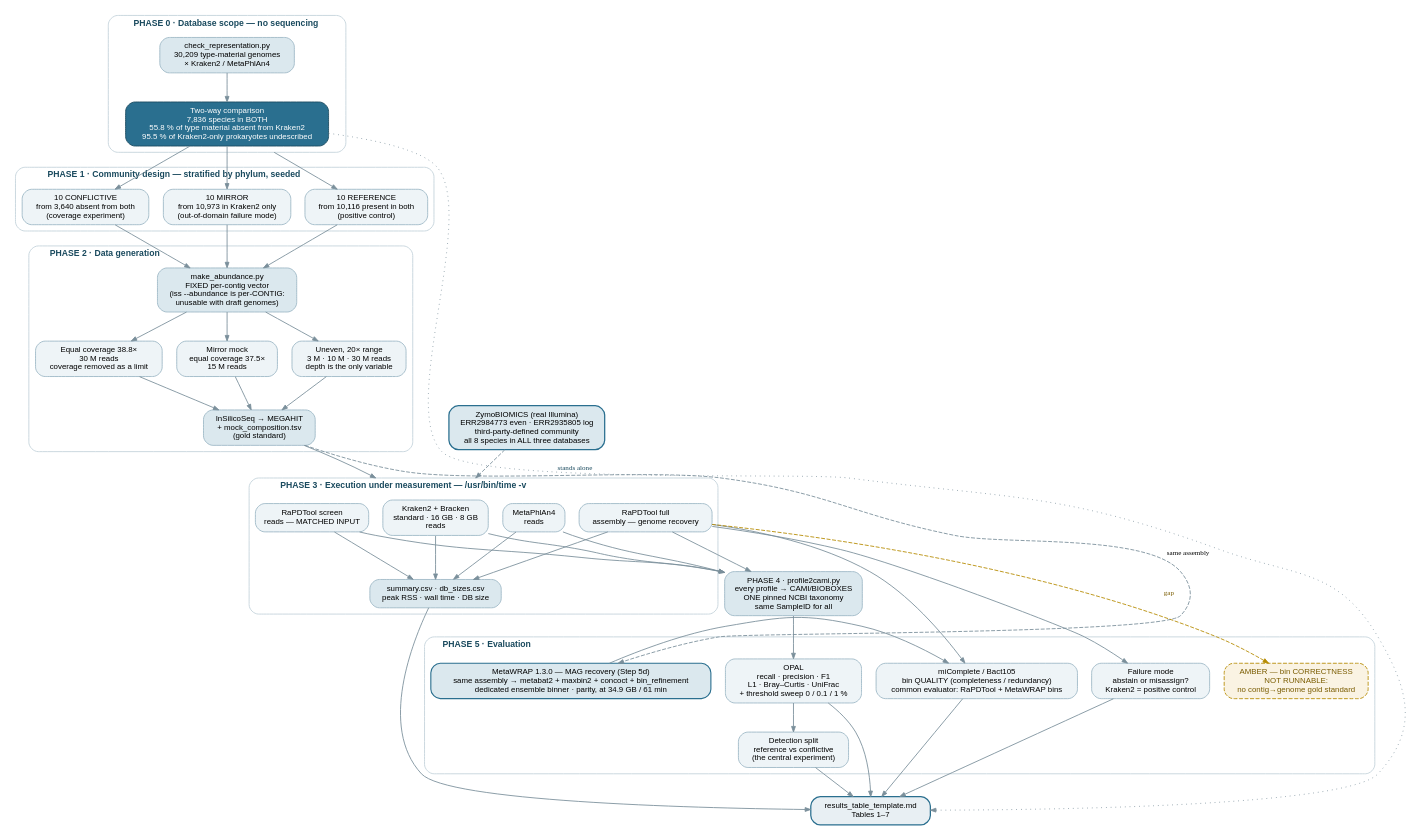
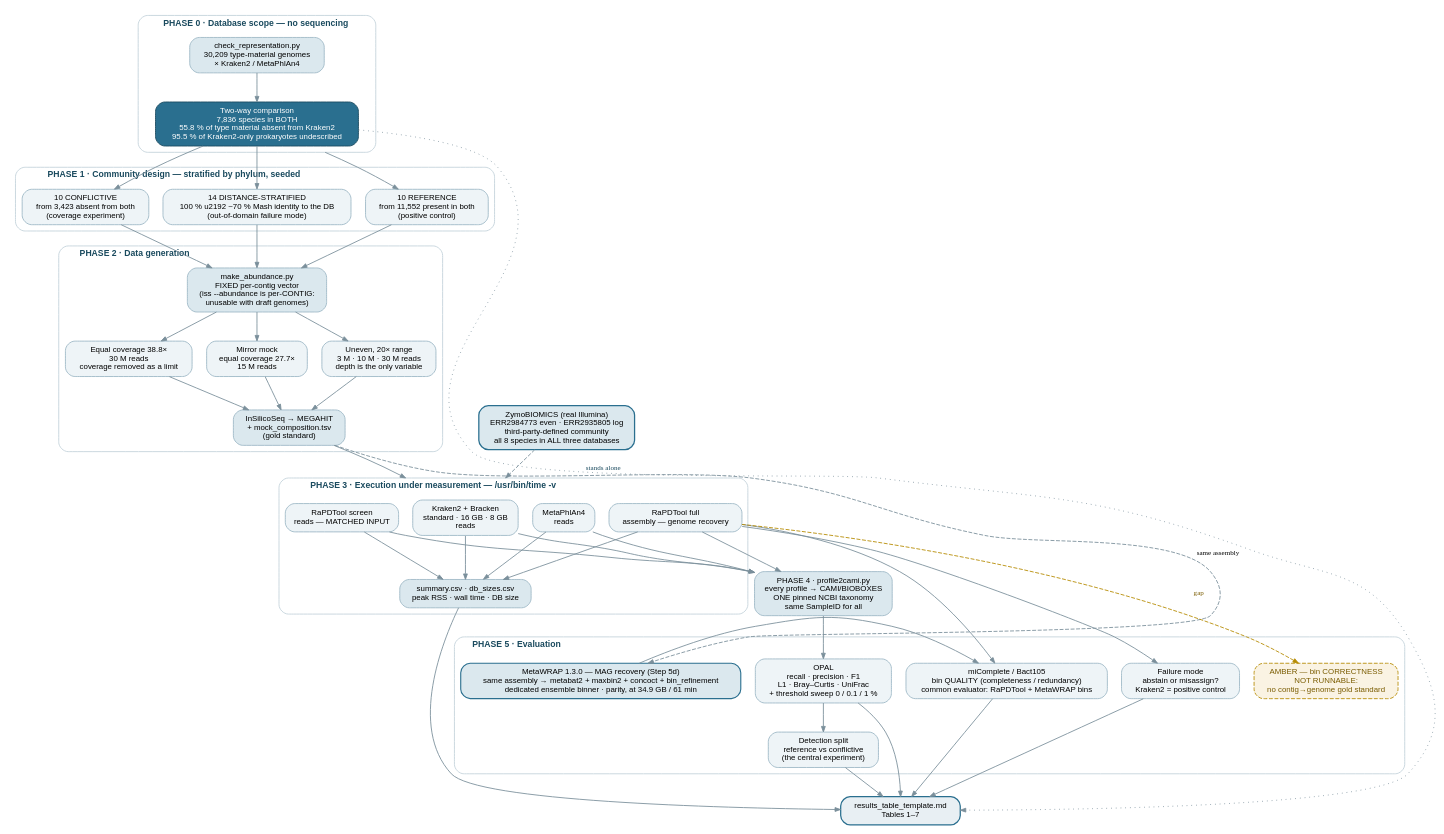
Before and after one commit to BioTools-Dev/rapdtool-benchmark: the diagram in data/benchmark_flow.dot, drawn with Graphviz. The commit also changed 3 other files, not shown here.

First line of the commit message:
fix: sync flow diagram community-design nodes with the final benchmark

```diff
--- a/data/benchmark_flow.dot
+++ b/data/benchmark_flow.dot
@@ -1,110 +1,110 @@
 // benchmark_flow.dot — RaPDTool benchmark design.
 // Render:  dot -Tsvg benchmark_flow.dot -o figures/benchmark_flow.svg
 //          dot -Tpng -Gdpi=300 benchmark_flow.dot -o figures/benchmark_flow.png
 // Embedded as figures/benchmark_flow.svg in benchmark_rationale.md §1 (no mermaid copy).
 
 digraph benchmark {
   rankdir=TB;
   bgcolor="white";
   compound=true;
   node [shape=box, style="rounded,filled", fontname="Helvetica", fontsize=10,
         fillcolor="#eef4f7", color="#9db8c6", penwidth=1.1, margin="0.14,0.09"];
   edge [color="#7a8f9b", penwidth=1.1, arrowsize=0.7];
   graph [fontname="Helvetica-Bold", fontsize=11, labeljust="l",
          style="rounded", color="#c8d6de", penwidth=1.2];
 
   // ---------------------------------------------------------------- PHASE 0
   subgraph cluster_p0 {
     label="  PHASE 0 · Database scope — no sequencing  ";
     fontcolor="#1a4a5e";
     census [label="check_representation.py\n30,209 type-material genomes\n× Kraken2 / MetaPhlAn4",
             fillcolor="#dbe8ee"];
     twoway [label="Two-way comparison\n7,836 species in BOTH\n55.8 % of type material absent from Kraken2\n95.5 % of Kraken2-only prokaryotes undescribed",
             fillcolor="#2a6f8f", fontcolor="white", color="#1a4a5e"];
     census -> twoway;
   }
 
   // ---------------------------------------------------------------- PHASE 1
   subgraph cluster_p1 {
     label="  PHASE 1 · Community design — stratified by phylum, seeded  ";
     fontcolor="#1a4a5e";
-    ref   [label="10 REFERENCE\nfrom 10,116 present in both\n(positive control)"];
-    conf  [label="10 CONFLICTIVE\nfrom 3,640 absent from both\n(coverage experiment)"];
-    mirr  [label="10 MIRROR\nfrom 10,973 in Kraken2 only\n(out-of-domain failure mode)"];
+    ref   [label="10 REFERENCE\nfrom 11,552 present in both\n(positive control)"];
+    conf  [label="10 CONFLICTIVE\nfrom 3,423 absent from both\n(coverage experiment)"];
+    mirr  [label="14 DISTANCE-STRATIFIED\n100 % \u2192 ~70 % Mash identity to the DB\n(out-of-domain failure mode)"];
   }
 
   // ---------------------------------------------------------------- PHASE 2
   subgraph cluster_p2 {
     label="  PHASE 2 · Data generation  ";
     fontcolor="#1a4a5e";
     vec   [label="make_abundance.py\nFIXED per-contig vector\n(iss --abundance is per-CONTIG:\nunusable with draft genomes)",
            fillcolor="#dbe8ee"];
     unev  [label="Uneven, 20× range\n3 M · 10 M · 30 M reads\ndepth is the only variable"];
     eqcov [label="Equal coverage 38.8×\n30 M reads\ncoverage removed as a limit"];
-    mmock [label="Mirror mock\nequal coverage 37.5×\n15 M reads"];
+    mmock [label="Mirror mock\nequal coverage 27.7×\n15 M reads"];
     asm   [label="InSilicoSeq → MEGAHIT\n+ mock_composition.tsv\n(gold standard)", fillcolor="#dbe8ee"];
     vec -> unev; vec -> eqcov; vec -> mmock;
     unev -> asm; eqcov -> asm; mmock -> asm;
   }
 
   // ------------------------------------------------------------ REAL DATA
   zymo [label="ZymoBIOMICS (real Illumina)\nERR2984773 even · ERR2935805 log\nthird-party-defined community\nall 8 species in ALL three databases",
         fillcolor="#dbe8ee", color="#2a6f8f", penwidth=1.6];
 
   // ---------------------------------------------------------------- PHASE 3
   subgraph cluster_p3 {
     label="  PHASE 3 · Execution under measurement — /usr/bin/time -v  ";
     fontcolor="#1a4a5e";
     krak  [label="Kraken2 + Bracken\nstandard · 16 GB · 8 GB\nreads"];
     mpa   [label="MetaPhlAn4\nreads"];
     rscr  [label="RaPDTool screen\nreads — MATCHED INPUT"];
     rful  [label="RaPDTool full\nassembly — genome recovery"];
     res   [label="summary.csv · db_sizes.csv\npeak RSS · wall time · DB size", fillcolor="#dbe8ee"];
     krak -> res; mpa -> res; rscr -> res; rful -> res;
   }
 
   // ---------------------------------------------------------------- PHASE 4
   harm [label="PHASE 4 · profile2cami.py\nevery profile → CAMI/BIOBOXES\nONE pinned NCBI taxonomy\nsame SampleID for all",
         fillcolor="#dbe8ee"];
 
   // ---------------------------------------------------------------- PHASE 5
   subgraph cluster_p5 {
     label="  PHASE 5 · Evaluation  ";
     fontcolor="#1a4a5e";
     opal  [label="OPAL\nrecall · precision · F1\nL1 · Bray–Curtis · UniFrac\n+ threshold sweep 0 / 0.1 / 1 %"];
     split [label="Detection split\nreference vs conflictive\n(the central experiment)"];
     mico  [label="miComplete / Bact105\nbin QUALITY (completeness / redundancy)\ncommon evaluator: RaPDTool + MetaWRAP bins"];
     fail  [label="Failure mode\nabstain or misassign?\nKraken2 = positive control"];
     amber [label="AMBER — bin CORRECTNESS\nNOT RUNNABLE:\nno contig→genome gold standard",
            style="rounded,filled,dashed", fillcolor="#faf3e3", color="#b58b00",
            fontcolor="#7a5c00"];
     mwrap [label="MetaWRAP 1.3.0 — MAG recovery (Step 5d)\nsame assembly → metabat2 + maxbin2 + concoct + bin_refinement\ndedicated ensemble binner · parity, at 34.9 GB / 61 min",
            fillcolor="#dbe8ee", color="#2a6f8f", penwidth=1.4];
   }
 
   tables [label="results_table_template.md\nTables 1–7", fillcolor="#e8eff3",
           color="#2a6f8f", penwidth=1.6];
 
   // ------------------------------------------------------------- EDGES
   twoway -> ref  [ltail=cluster_p0];
   twoway -> conf;
   twoway -> mirr;
   ref  -> vec;
   conf -> vec;
   mirr -> vec;
   asm  -> krak [lhead=cluster_p3];
   zymo -> krak [lhead=cluster_p3, style=dashed];
   res  -> tables;
   krak -> harm; mpa -> harm; rscr -> harm; rful -> harm;
   harm -> opal;
   opal -> split;
   rful -> mico  [constraint=false];
   rful -> fail  [constraint=false];
   asm   -> mwrap [style=dashed, label="  same assembly", fontsize=9, constraint=false];
   mwrap -> mico  [constraint=false];
   rful -> amber [style=dashed, color="#b58b00",
                  label="  gap", fontcolor="#7a5c00", fontsize=9];
   opal -> tables; split -> tables; mico -> tables; fail -> tables;
   twoway -> tables [style=dotted, constraint=false,
                     label="  stands alone", fontsize=9, fontcolor="#1a4a5e"];
 }
```
